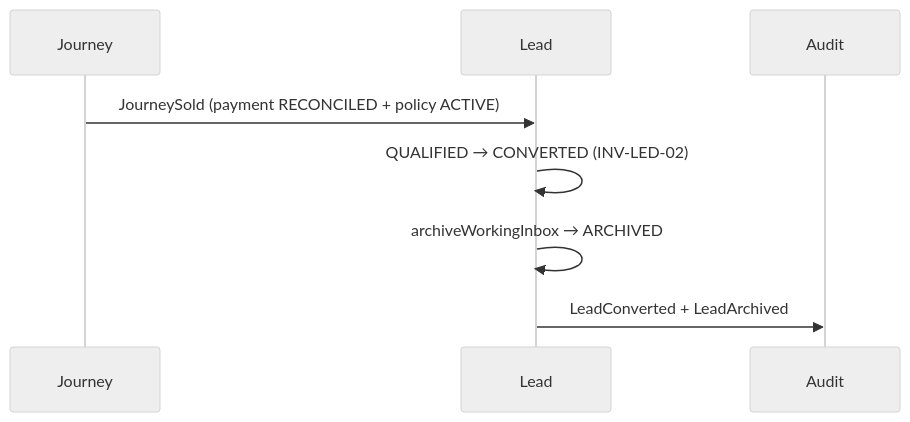
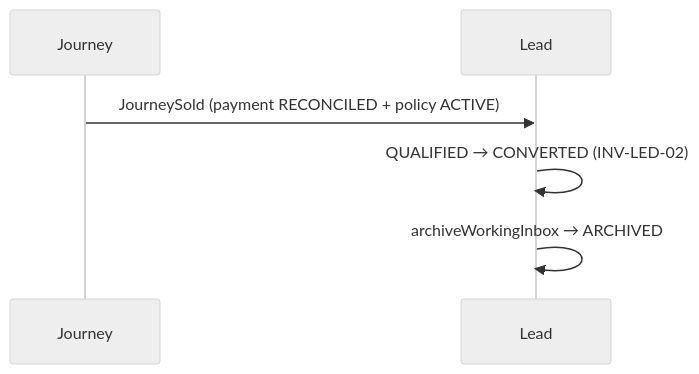
Before and after one commit to Mahesh38/bank-insurance-platform: the seventh of 8 diagrams in docs/platform/ws3-platform/11-lead-module-sequences.md, drawn with Mermaid (neutral theme). The commit also changed other lines of this file and 14 other files, not shown here.

````diff
--- a/docs/platform/ws3-platform/11-lead-module-sequences.md
+++ b/docs/platform/ws3-platform/11-lead-module-sequences.md
@@ -174,11 +179,9 @@
 ```mermaid
 sequenceDiagram
   participant JRN as Journey #6
   participant LED as Lead #5
-  participant AUD as Audit
 
   JRN->>LED: JourneySold (payment RECONCILED + policy ACTIVE)
   LED->>LED: QUALIFIED → CONVERTED (INV-LED-02)
   LED->>LED: archiveWorkingInbox → ARCHIVED
-  LED->>AUD: LeadConverted + LeadArchived
 ```
````
